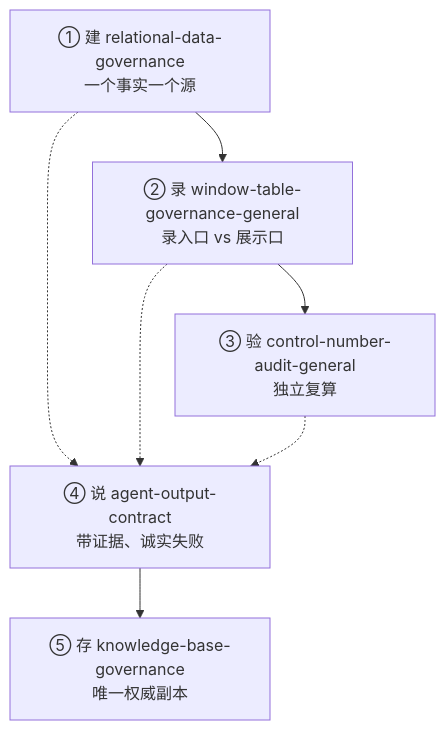
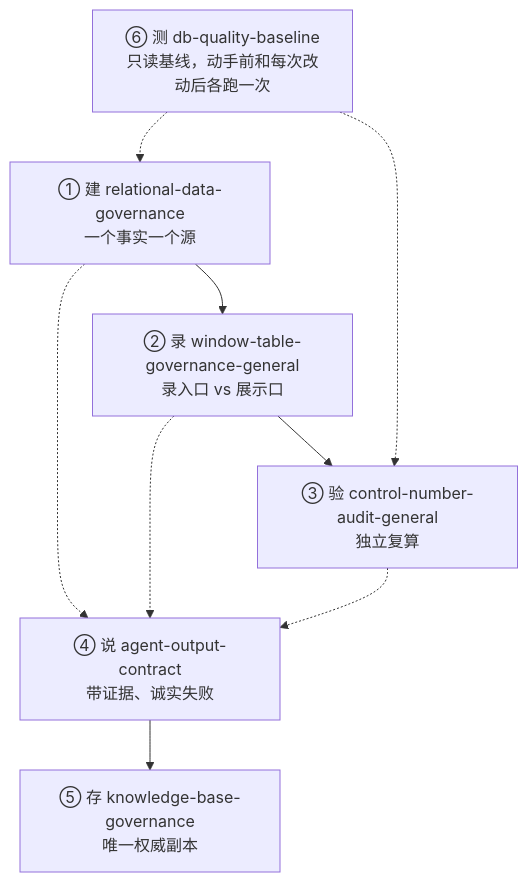
The second of 2 diagrams in README.md (GG-yangliu/agent-governance-skills), drawn with Mermaid before and after one commit. The commit also changed other lines of this file and 4 other files, not shown here.

Commit message:
新增第六个技能 db-quality-baseline 与填空表；README 中英改六份、图加测量节点

````diff
--- a/README.md
+++ b/README.md
@@ -87,15 +94,18 @@
 ```mermaid
 flowchart TD
     A["① 建 relational-data-governance<br/>一个事实一个源"]
     B["② 录 window-table-governance-general<br/>录入口 vs 展示口"]
     C["③ 验 control-number-audit-general<br/>独立复算"]
     D["④ 说 agent-output-contract<br/>带证据、诚实失败"]
     E["⑤ 存 knowledge-base-governance<br/>唯一权威副本"]
+    F["⑥ 测 db-quality-baseline<br/>只读基线，动手前和每次改动后各跑一次"]
 
     A --> B
     B --> C
     A -.-> D
     B -.-> D
     C -.-> D
     D --> E
+    F -.-> A
+    F -.-> C
 ```
````
